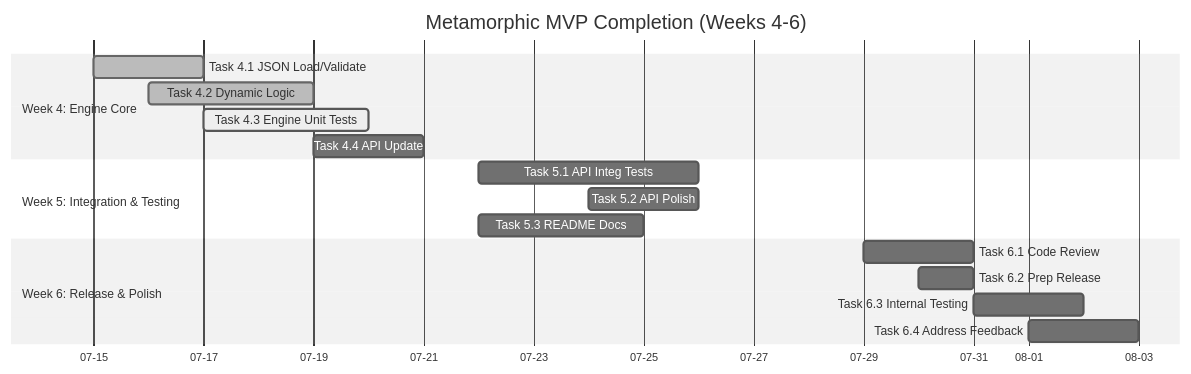
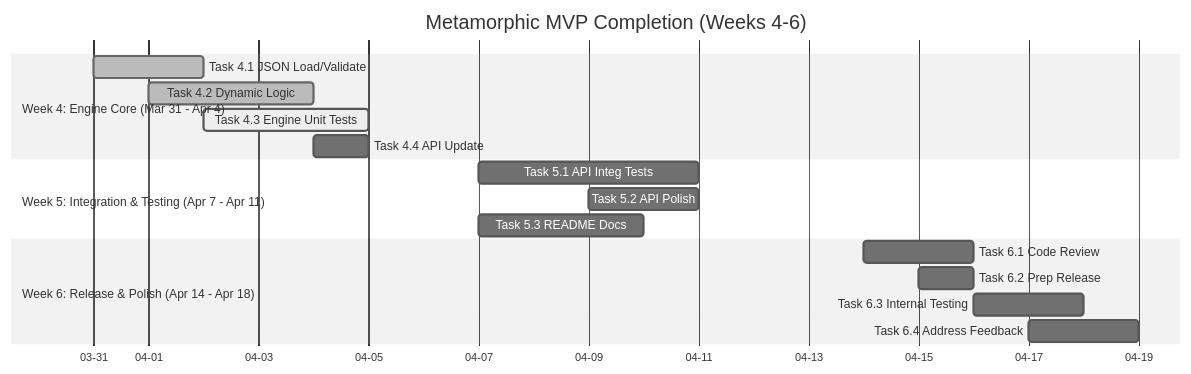
One commit to tomwolfe/metamorphic-core changed the diagram in README.md. Above: the diagram before and after it, drawn with Mermaid (neutral theme). The commit also changed other lines of this file, not shown here.

````diff
--- a/README.md
+++ b/README.md
@@ -191,24 +195,24 @@
 ```mermaid
 gantt
     title Metamorphic MVP Completion (Weeks 4-6)
     dateFormat  YYYY-MM-DD
     axisFormat %m-%d
     todayMarker stroke-width:3px,stroke:#FF0000
 
-    section Week 4: Engine Core
-    Task 4.1 JSON Load/Validate :done, 2024-07-15, 2d
-    Task 4.2 Dynamic Logic      :done, 2024-07-16, 3d
-    Task 4.3 Engine Unit Tests  :active, 2024-07-17, 3d
-    Task 4.4 API Update         : 2024-07-19, 2d
+    section Week 4: Engine Core (Mar 31 - Apr 4)
+    Task 4.1 JSON Load/Validate :done, 2025-03-31, 2d
+    Task 4.2 Dynamic Logic      :done, 2025-04-01, 3d
+    Task 4.3 Engine Unit Tests  :active, 2025-04-02, 3d
+    Task 4.4 API Update         : 2025-04-04, 1d
 
-    section Week 5: Integration & Testing
-    Task 5.1 API Integ Tests    : 2024-07-22, 4d
-    Task 5.2 API Polish         : 2024-07-24, 2d
-    Task 5.3 README Docs        : 2024-07-22, 3d
+    section Week 5: Integration & Testing (Apr 7 - Apr 11)
+    Task 5.1 API Integ Tests    : 2025-04-07, 4d
+    Task 5.2 API Polish         : 2025-04-09, 2d
+    Task 5.3 README Docs        : 2025-04-07, 3d
 
-    section Week 6: Release & Polish
-    Task 6.1 Code Review        : 2024-07-29, 2d
-    Task 6.2 Prep Release       : 2024-07-30, 1d
-    Task 6.3 Internal Testing   : 2024-07-31, 2d
-    Task 6.4 Address Feedback   : 2024-08-01, 2d
+    section Week 6: Release & Polish (Apr 14 - Apr 18)
+    Task 6.1 Code Review        : 2025-04-14, 2d
+    Task 6.2 Prep Release       : 2025-04-15, 1d
+    Task 6.3 Internal Testing   : 2025-04-16, 2d
+    Task 6.4 Address Feedback   : 2025-04-17, 2d
 ```
````
